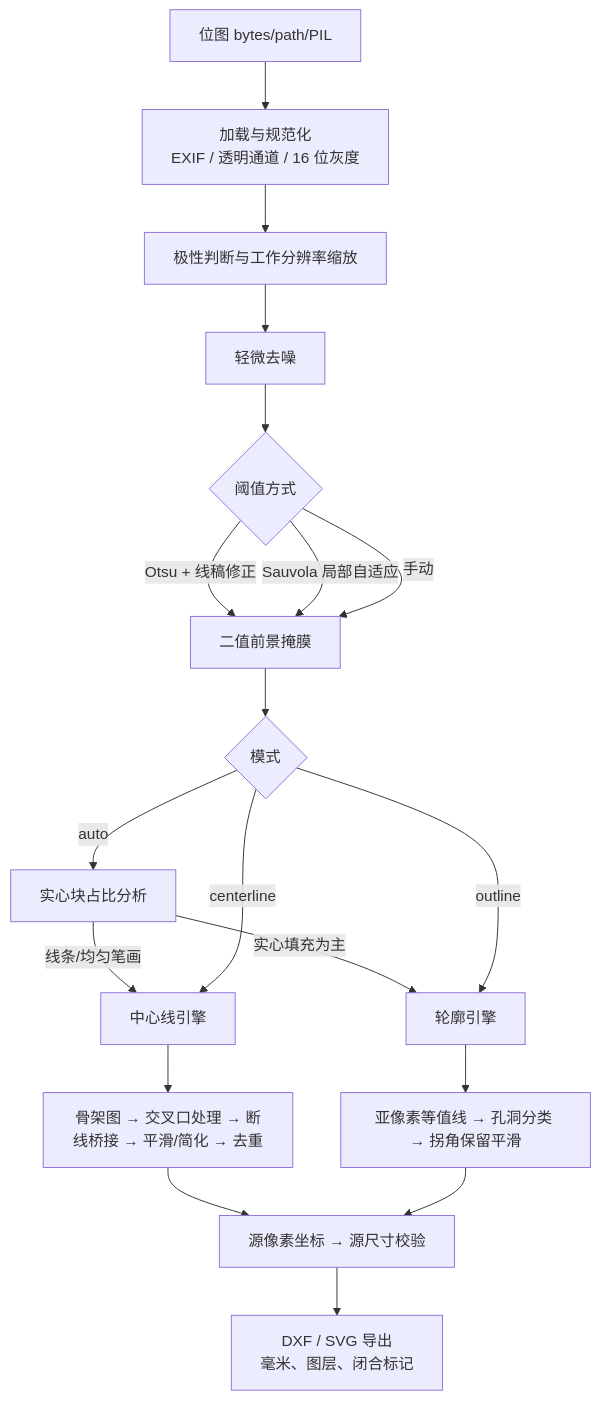
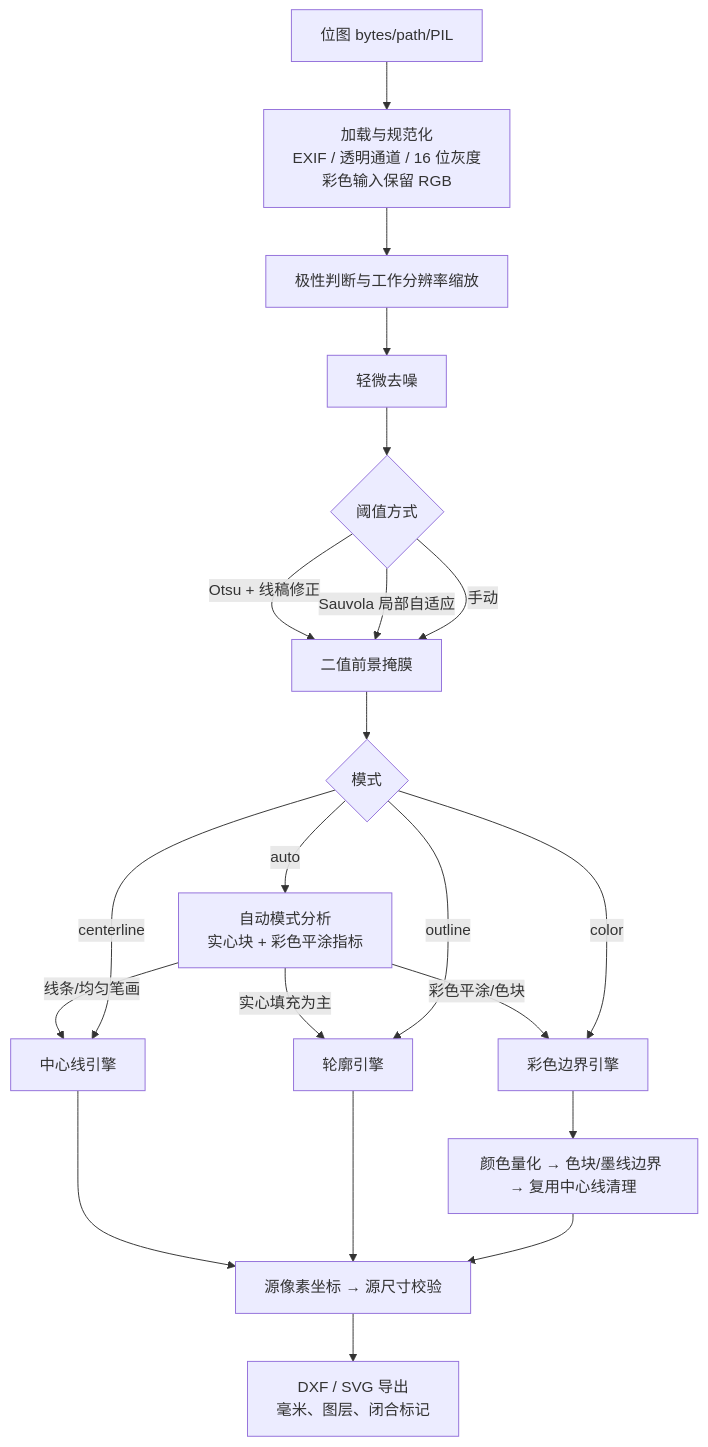
Before and after one commit to CreationTV/bmp2dxf: the diagram in docs/algorithm.md, drawn with Mermaid. The commit also changed other lines of this file and 15 other files, not shown here.

````diff
--- a/docs/algorithm.md
+++ b/docs/algorithm.md
@@ -8,21 +8,23 @@
 ```mermaid
 flowchart TD
-    A[位图 bytes/path/PIL] --> B[加载与规范化<br/>EXIF / 透明通道 / 16 位灰度]
+    A[位图 bytes/path/PIL] --> B[加载与规范化<br/>EXIF / 透明通道 / 16 位灰度<br/>彩色输入保留 RGB]
     B --> C[极性判断与工作分辨率缩放]
     C --> D[轻微去噪]
     D --> E{阈值方式}
     E -->|Otsu + 线稿修正| F[二值前景掩膜]
     E -->|Sauvola 局部自适应| F
     E -->|手动| F
     F --> G{模式}
-    G -->|auto| H[实心块占比分析]
+    G -->|auto| H[自动模式分析<br/>实心块 + 彩色平涂指标]
+    H -->|彩色平涂/色块| CC[彩色边界引擎]
     H -->|线条/均匀笔画| I[中心线引擎]
     H -->|实心填充为主| J[轮廓引擎]
+    G -->|color| CC
     G -->|centerline| I
     G -->|outline| J
-    I --> K[骨架图 → 交叉口处理 → 断线桥接 → 平滑/简化 → 去重]
-    J --> L[亚像素等值线 → 孔洞分类 → 拐角保留平滑]
-    K --> M[源像素坐标 → 源尺寸校验]
-    L --> M
+    CC --> K[颜色量化 → 色块/墨线边界 → 复用中心线清理]
+    I --> M[源像素坐标 → 源尺寸校验]
+    J --> M
+    K --> M
     M --> N[DXF / SVG 导出<br/>毫米、图层、闭合标记]
 ```
````
